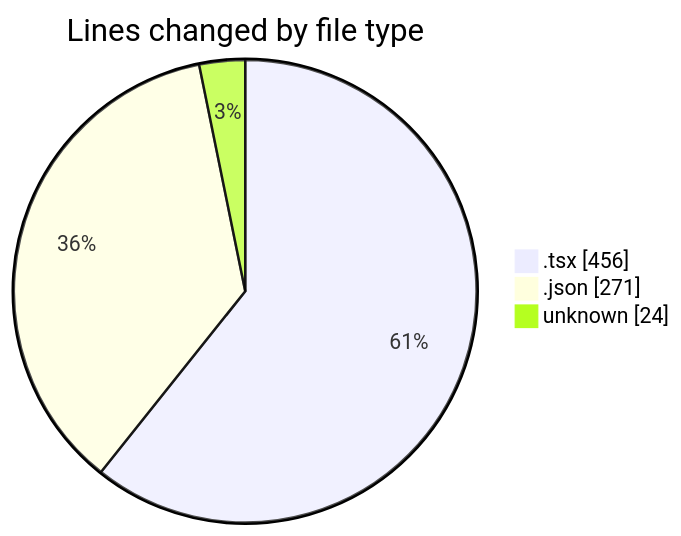
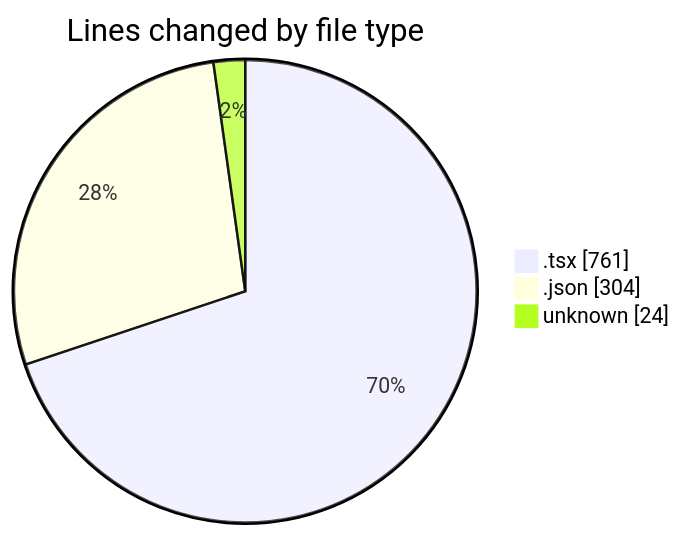
The first of 2 diagrams in 2025-07-17/ribbon/README.md (EIIisD/code-tracking), drawn with Mermaid before and after one commit. The commit also changed other lines of this file and 1 other file, not shown here.

````diff
--- a/2025-07-17/ribbon/README.md
+++ b/2025-07-17/ribbon/README.md
@@ -26,7 +28,7 @@
 ```mermaid
 pie showData
 title Lines changed by file type
-".tsx" : 456
-".json" : 271
+".tsx" : 761
+".json" : 304
 "unknown" : 24
 ```
````
